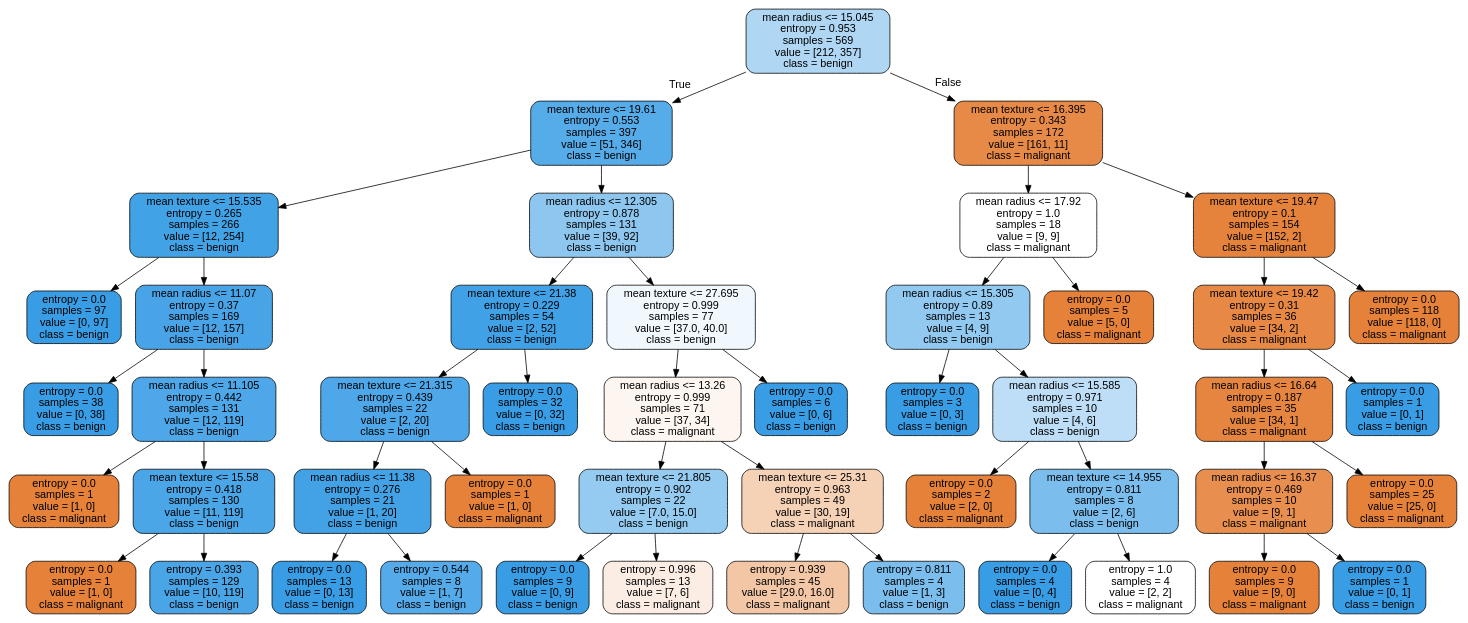
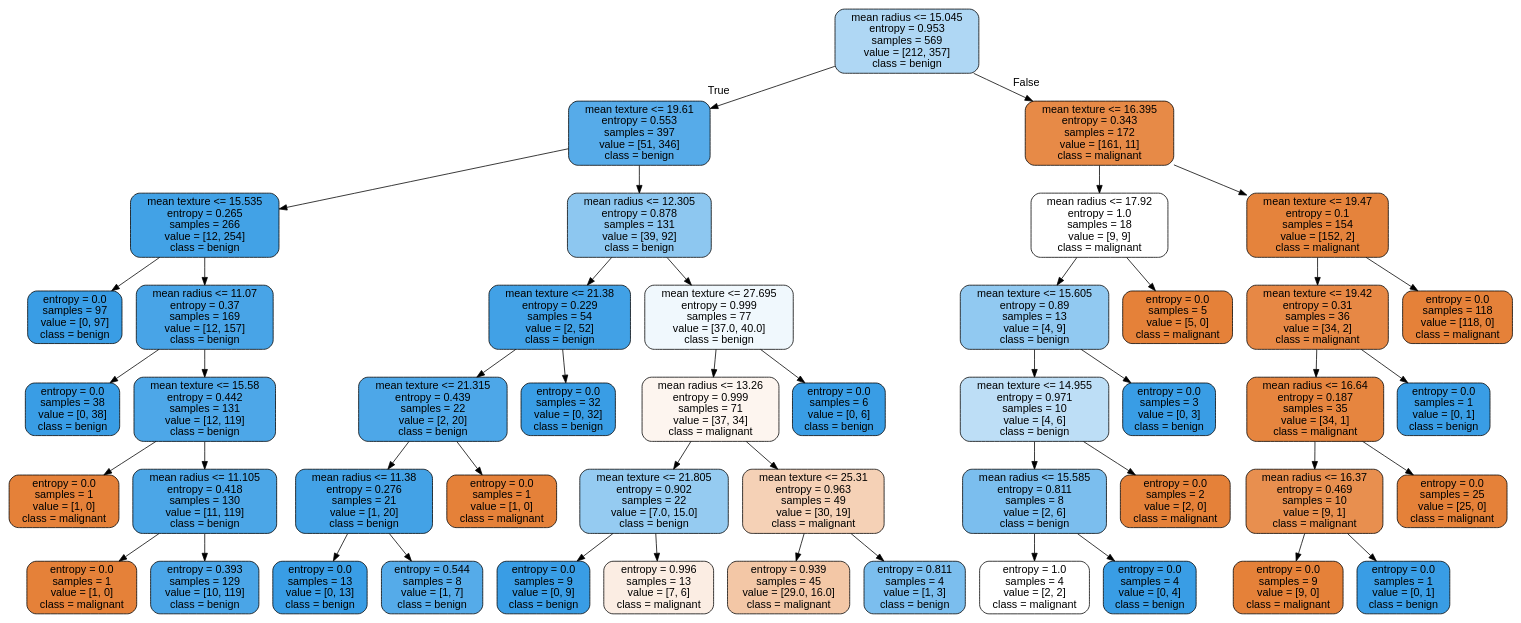
Before and after one commit to worachote1/Machine-Learning-Lab-KMITL: the diagram in week_4_homework/cancer images/cancer_tree_deep6.dot, drawn with Graphviz. The commit also changed 12 other files, not shown here.

```diff
--- a/week_4_homework/cancer images/cancer_tree_deep6.dot
+++ b/week_4_homework/cancer images/cancer_tree_deep6.dot
@@ -1,97 +1,97 @@
 digraph Tree {
 node [shape=box, style="filled, rounded", color="black", fontname="helvetica"] ;
 edge [fontname="helvetica"] ;
 0 [label="mean radius <= 15.045\nentropy = 0.953\nsamples = 569\nvalue = [212, 357]\nclass = benign", fillcolor="#afd7f4"] ;
 1 [label="mean texture <= 19.61\nentropy = 0.553\nsamples = 397\nvalue = [51, 346]\nclass = benign", fillcolor="#56abe9"] ;
 0 -> 1 [labeldistance=2.5, labelangle=45, headlabel="True"] ;
 2 [label="mean texture <= 15.535\nentropy = 0.265\nsamples = 266\nvalue = [12, 254]\nclass = benign", fillcolor="#42a2e6"] ;
 1 -> 2 ;
 3 [label="entropy = 0.0\nsamples = 97\nvalue = [0, 97]\nclass = benign", fillcolor="#399de5"] ;
 2 -> 3 ;
 4 [label="mean radius <= 11.07\nentropy = 0.37\nsamples = 169\nvalue = [12, 157]\nclass = benign", fillcolor="#48a4e7"] ;
 2 -> 4 ;
 5 [label="entropy = 0.0\nsamples = 38\nvalue = [0, 38]\nclass = benign", fillcolor="#399de5"] ;
 4 -> 5 ;
-6 [label="mean radius <= 11.105\nentropy = 0.442\nsamples = 131\nvalue = [12, 119]\nclass = benign", fillcolor="#4da7e8"] ;
+6 [label="mean texture <= 15.58\nentropy = 0.442\nsamples = 131\nvalue = [12, 119]\nclass = benign", fillcolor="#4da7e8"] ;
 4 -> 6 ;
 7 [label="entropy = 0.0\nsamples = 1\nvalue = [1, 0]\nclass = malignant", fillcolor="#e58139"] ;
 6 -> 7 ;
-8 [label="mean texture <= 15.58\nentropy = 0.418\nsamples = 130\nvalue = [11, 119]\nclass = benign", fillcolor="#4ba6e7"] ;
+8 [label="mean radius <= 11.105\nentropy = 0.418\nsamples = 130\nvalue = [11, 119]\nclass = benign", fillcolor="#4ba6e7"] ;
 6 -> 8 ;
 9 [label="entropy = 0.0\nsamples = 1\nvalue = [1, 0]\nclass = malignant", fillcolor="#e58139"] ;
 8 -> 9 ;
 10 [label="entropy = 0.393\nsamples = 129\nvalue = [10, 119]\nclass = benign", fillcolor="#4aa5e7"] ;
 8 -> 10 ;
 11 [label="mean radius <= 12.305\nentropy = 0.878\nsamples = 131\nvalue = [39, 92]\nclass = benign", fillcolor="#8dc7f0"] ;
 1 -> 11 ;
 12 [label="mean texture <= 21.38\nentropy = 0.229\nsamples = 54\nvalue = [2, 52]\nclass = benign", fillcolor="#41a1e6"] ;
 11 -> 12 ;
 13 [label="mean texture <= 21.315\nentropy = 0.439\nsamples = 22\nvalue = [2, 20]\nclass = benign", fillcolor="#4da7e8"] ;
 12 -> 13 ;
 14 [label="mean radius <= 11.38\nentropy = 0.276\nsamples = 21\nvalue = [1, 20]\nclass = benign", fillcolor="#43a2e6"] ;
 13 -> 14 ;
 15 [label="entropy = 0.0\nsamples = 13\nvalue = [0, 13]\nclass = benign", fillcolor="#399de5"] ;
 14 -> 15 ;
 16 [label="entropy = 0.544\nsamples = 8\nvalue = [1, 7]\nclass = benign", fillcolor="#55abe9"] ;
 14 -> 16 ;
 17 [label="entropy = 0.0\nsamples = 1\nvalue = [1, 0]\nclass = malignant", fillcolor="#e58139"] ;
 13 -> 17 ;
 18 [label="entropy = 0.0\nsamples = 32\nvalue = [0, 32]\nclass = benign", fillcolor="#399de5"] ;
 12 -> 18 ;
 19 [label="mean texture <= 27.695\nentropy = 0.999\nsamples = 77\nvalue = [37.0, 40.0]\nclass = benign", fillcolor="#f0f8fd"] ;
 11 -> 19 ;
 20 [label="mean radius <= 13.26\nentropy = 0.999\nsamples = 71\nvalue = [37, 34]\nclass = malignant", fillcolor="#fdf5ef"] ;
 19 -> 20 ;
 21 [label="mean texture <= 21.805\nentropy = 0.902\nsamples = 22\nvalue = [7.0, 15.0]\nclass = benign", fillcolor="#95cbf1"] ;
 20 -> 21 ;
 22 [label="entropy = 0.0\nsamples = 9\nvalue = [0, 9]\nclass = benign", fillcolor="#399de5"] ;
 21 -> 22 ;
 23 [label="entropy = 0.996\nsamples = 13\nvalue = [7, 6]\nclass = malignant", fillcolor="#fbede3"] ;
 21 -> 23 ;
 24 [label="mean texture <= 25.31\nentropy = 0.963\nsamples = 49\nvalue = [30, 19]\nclass = malignant", fillcolor="#f5d1b6"] ;
 20 -> 24 ;
 25 [label="entropy = 0.939\nsamples = 45\nvalue = [29.0, 16.0]\nclass = malignant", fillcolor="#f3c7a6"] ;
 24 -> 25 ;
 26 [label="entropy = 0.811\nsamples = 4\nvalue = [1, 3]\nclass = benign", fillcolor="#7bbeee"] ;
 24 -> 26 ;
 27 [label="entropy = 0.0\nsamples = 6\nvalue = [0, 6]\nclass = benign", fillcolor="#399de5"] ;
 19 -> 27 ;
 28 [label="mean texture <= 16.395\nentropy = 0.343\nsamples = 172\nvalue = [161, 11]\nclass = malignant", fillcolor="#e78a47"] ;
 0 -> 28 [labeldistance=2.5, labelangle=-45, headlabel="False"] ;
 29 [label="mean radius <= 17.92\nentropy = 1.0\nsamples = 18\nvalue = [9, 9]\nclass = malignant", fillcolor="#ffffff"] ;
 28 -> 29 ;
-30 [label="mean radius <= 15.305\nentropy = 0.89\nsamples = 13\nvalue = [4, 9]\nclass = benign", fillcolor="#91c9f1"] ;
+30 [label="mean texture <= 15.605\nentropy = 0.89\nsamples = 13\nvalue = [4, 9]\nclass = benign", fillcolor="#91c9f1"] ;
 29 -> 30 ;
-31 [label="entropy = 0.0\nsamples = 3\nvalue = [0, 3]\nclass = benign", fillcolor="#399de5"] ;
+31 [label="mean texture <= 14.955\nentropy = 0.971\nsamples = 10\nvalue = [4, 6]\nclass = benign", fillcolor="#bddef6"] ;
 30 -> 31 ;
-32 [label="mean radius <= 15.585\nentropy = 0.971\nsamples = 10\nvalue = [4, 6]\nclass = benign", fillcolor="#bddef6"] ;
-30 -> 32 ;
-33 [label="entropy = 0.0\nsamples = 2\nvalue = [2, 0]\nclass = malignant", fillcolor="#e58139"] ;
+32 [label="mean radius <= 15.585\nentropy = 0.811\nsamples = 8\nvalue = [2, 6]\nclass = benign", fillcolor="#7bbeee"] ;
+31 -> 32 ;
+33 [label="entropy = 1.0\nsamples = 4\nvalue = [2, 2]\nclass = malignant", fillcolor="#ffffff"] ;
 32 -> 33 ;
-34 [label="mean texture <= 14.955\nentropy = 0.811\nsamples = 8\nvalue = [2, 6]\nclass = benign", fillcolor="#7bbeee"] ;
+34 [label="entropy = 0.0\nsamples = 4\nvalue = [0, 4]\nclass = benign", fillcolor="#399de5"] ;
 32 -> 34 ;
-35 [label="entropy = 0.0\nsamples = 4\nvalue = [0, 4]\nclass = benign", fillcolor="#399de5"] ;
-34 -> 35 ;
-36 [label="entropy = 1.0\nsamples = 4\nvalue = [2, 2]\nclass = malignant", fillcolor="#ffffff"] ;
-34 -> 36 ;
+35 [label="entropy = 0.0\nsamples = 2\nvalue = [2, 0]\nclass = malignant", fillcolor="#e58139"] ;
+31 -> 35 ;
+36 [label="entropy = 0.0\nsamples = 3\nvalue = [0, 3]\nclass = benign", fillcolor="#399de5"] ;
+30 -> 36 ;
 37 [label="entropy = 0.0\nsamples = 5\nvalue = [5, 0]\nclass = malignant", fillcolor="#e58139"] ;
 29 -> 37 ;
 38 [label="mean texture <= 19.47\nentropy = 0.1\nsamples = 154\nvalue = [152, 2]\nclass = malignant", fillcolor="#e5833c"] ;
 28 -> 38 ;
 39 [label="mean texture <= 19.42\nentropy = 0.31\nsamples = 36\nvalue = [34, 2]\nclass = malignant", fillcolor="#e78845"] ;
 38 -> 39 ;
 40 [label="mean radius <= 16.64\nentropy = 0.187\nsamples = 35\nvalue = [34, 1]\nclass = malignant", fillcolor="#e6853f"] ;
 39 -> 40 ;
 41 [label="mean radius <= 16.37\nentropy = 0.469\nsamples = 10\nvalue = [9, 1]\nclass = malignant", fillcolor="#e88f4f"] ;
 40 -> 41 ;
 42 [label="entropy = 0.0\nsamples = 9\nvalue = [9, 0]\nclass = malignant", fillcolor="#e58139"] ;
 41 -> 42 ;
 43 [label="entropy = 0.0\nsamples = 1\nvalue = [0, 1]\nclass = benign", fillcolor="#399de5"] ;
 41 -> 43 ;
 44 [label="entropy = 0.0\nsamples = 25\nvalue = [25, 0]\nclass = malignant", fillcolor="#e58139"] ;
 40 -> 44 ;
 45 [label="entropy = 0.0\nsamples = 1\nvalue = [0, 1]\nclass = benign", fillcolor="#399de5"] ;
 39 -> 45 ;
 46 [label="entropy = 0.0\nsamples = 118\nvalue = [118, 0]\nclass = malignant", fillcolor="#e58139"] ;
 38 -> 46 ;
 }
```
